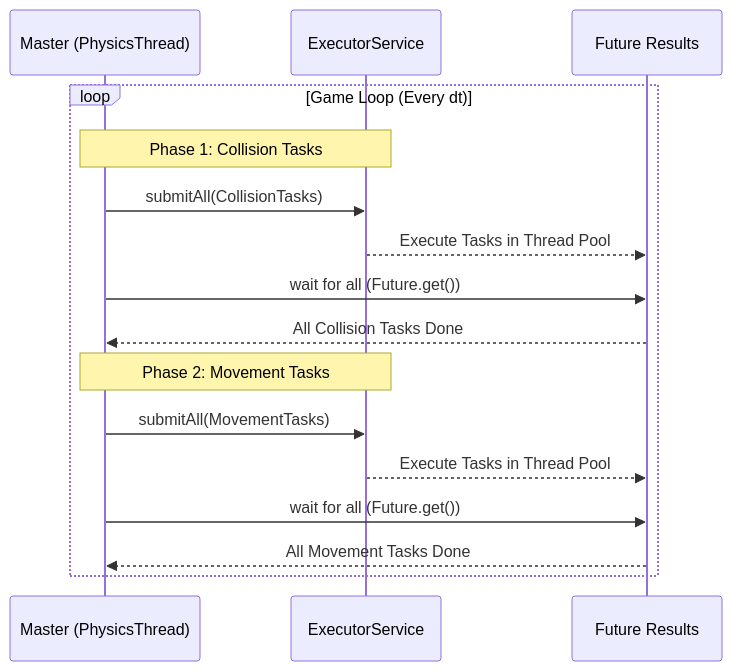
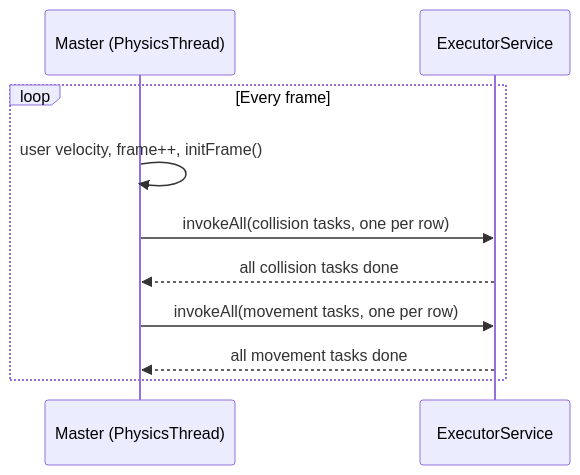
Before and after one commit to eduardalexandrut/concurrent-pool: the seventh of 8 diagrams in docs/design.md, drawn with Mermaid. The commit also changed other lines of this file and 4 other files, not shown here.

````diff
--- a/docs/design.md
+++ b/docs/design.md
@@ -99,20 +438,13 @@
 ```mermaid
 sequenceDiagram
     participant Master as Master (PhysicsThread)
     participant Exec as ExecutorService
-    participant Futures as Future Results
 
-    loop Game Loop (Every dt)
-        Note over Master, Exec: Phase 1: Collision Tasks
-        Master->>Exec: submitAll(CollisionTasks)
-        Exec-->>Futures: Execute Tasks in Thread Pool
-        Master->>Futures: wait for all (Future.get())
-        Futures-->>Master: All Collision Tasks Done
-        
-        Note over Master, Exec: Phase 2: Movement Tasks
-        Master->>Exec: submitAll(MovementTasks)
-        Exec-->>Futures: Execute Tasks in Thread Pool
-        Master->>Futures: wait for all (Future.get())
-        Futures-->>Master: All Movement Tasks Done
+    loop Every frame
+        Master->>Master: user velocity, frame++, initFrame()
+        Master->>Exec: invokeAll(collision tasks, one per row)
+        Exec-->>Master: all collision tasks done
+        Master->>Exec: invokeAll(movement tasks, one per row)
+        Exec-->>Master: all movement tasks done
     end
 ```
````
